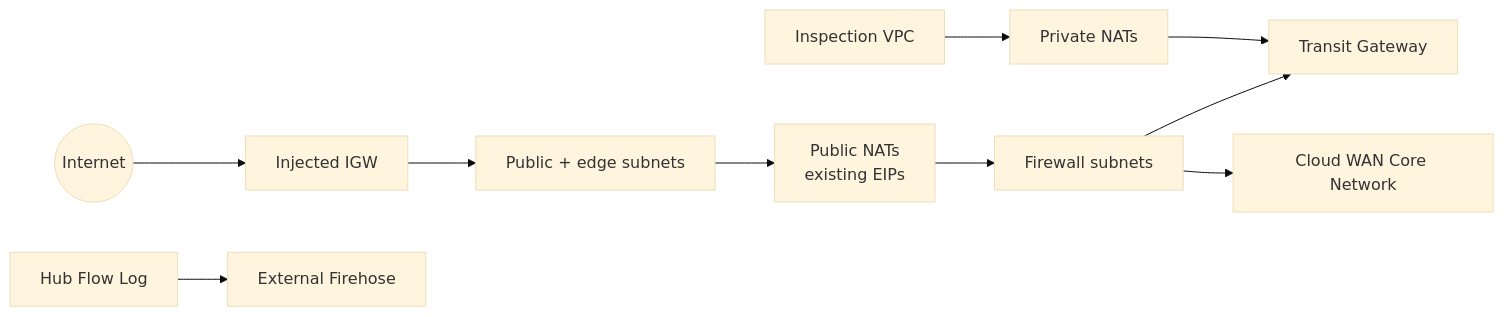
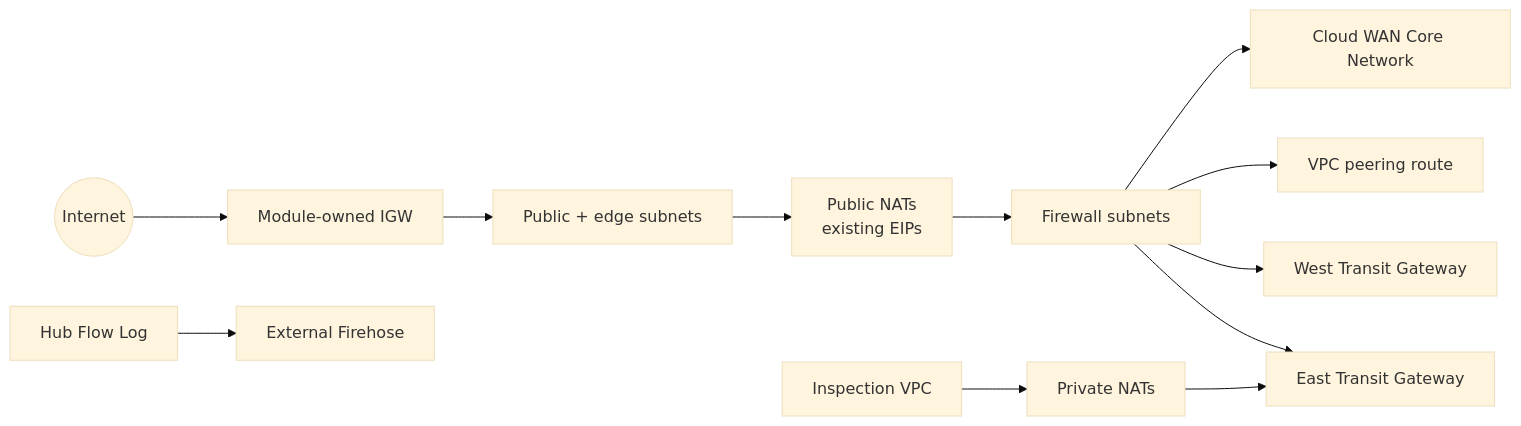
One commit to clopca/terraform-aws-vpc changed the diagram in v5/examples/hub/README.md. Above: the diagram before and after it, drawn with Mermaid (base theme). The commit also changed other lines of this file and 4 other files, not shown here.

````diff
--- a/v5/examples/hub/README.md
+++ b/v5/examples/hub/README.md
@@ -16,12 +22,14 @@
 ```mermaid
 flowchart LR
-  Internet((Internet)) --> IGW[Injected IGW]
+  Internet((Internet)) --> IGW[Module-owned IGW]
   IGW --> Public[Public + edge subnets]
   Public --> NAT[Public NATs\nexisting EIPs]
   NAT --> FW[Firewall subnets]
-  FW --> TGW[Transit Gateway]
+  FW --> TGWE[East Transit Gateway]
+  FW --> TGWW[West Transit Gateway]
+  FW --> PCX[VPC peering route]
   FW --> CWAN[Cloud WAN Core Network]
   Flow[Hub Flow Log] --> Firehose[External Firehose]
   Inspect[Inspection VPC] --> PNAT[Private NATs]
-  PNAT --> TGW
+  PNAT --> TGWE
 ```
````
